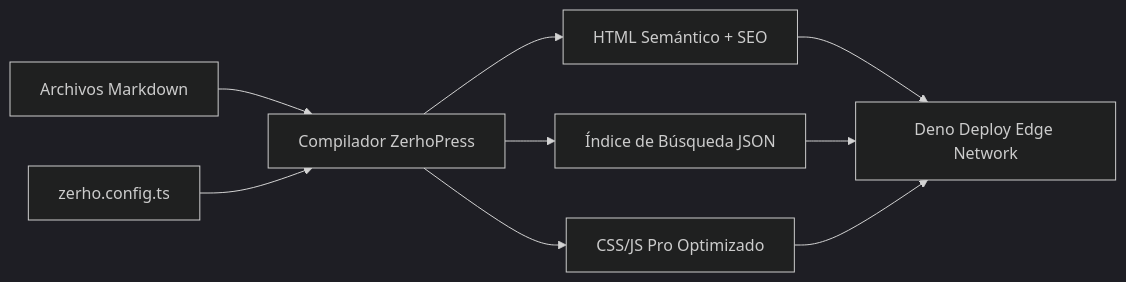
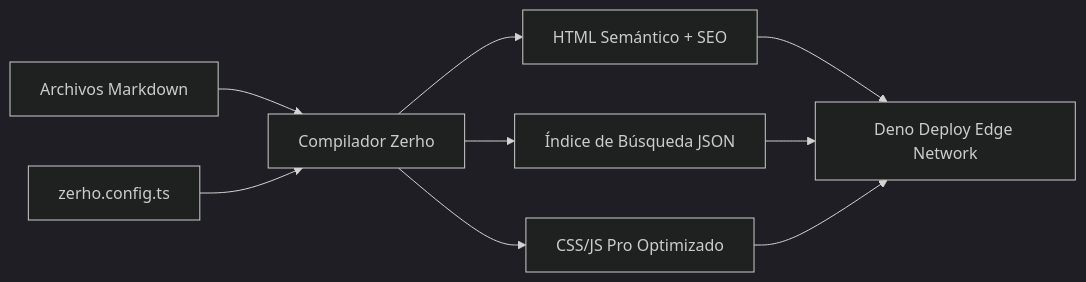
Before and after one commit to glastor-core/zerho: the diagram in docs/guide/getting-started.md, drawn with Mermaid (dark theme). The commit also changed other lines of this file and 23 other files, not shown here.

Commit message:
refactor: rename all occurrences of ZerhoPress to Zerho across codebase

````diff
--- a/docs/guide/getting-started.md
+++ b/docs/guide/getting-started.md
@@ -100,11 +100,11 @@
 ```mermaid
 graph LR
-  MD[Archivos Markdown] --> Compiler[Compilador ZerhoPress]
+  MD[Archivos Markdown] --> Compiler[Compilador Zerho]
   Config[zerho.config.ts] --> Compiler
   Compiler --> HTML[HTML Semántico + SEO]
   Compiler --> Search[Índice de Búsqueda JSON]
   Compiler --> Assets[CSS/JS Pro Optimizado]
   HTML --> DenoDeploy[Deno Deploy Edge Network]
   Search --> DenoDeploy
   Assets --> DenoDeploy
 ```
````
